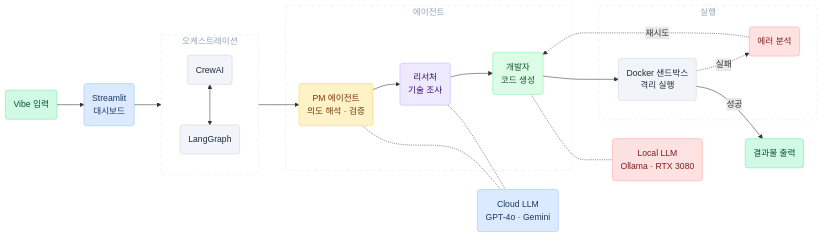
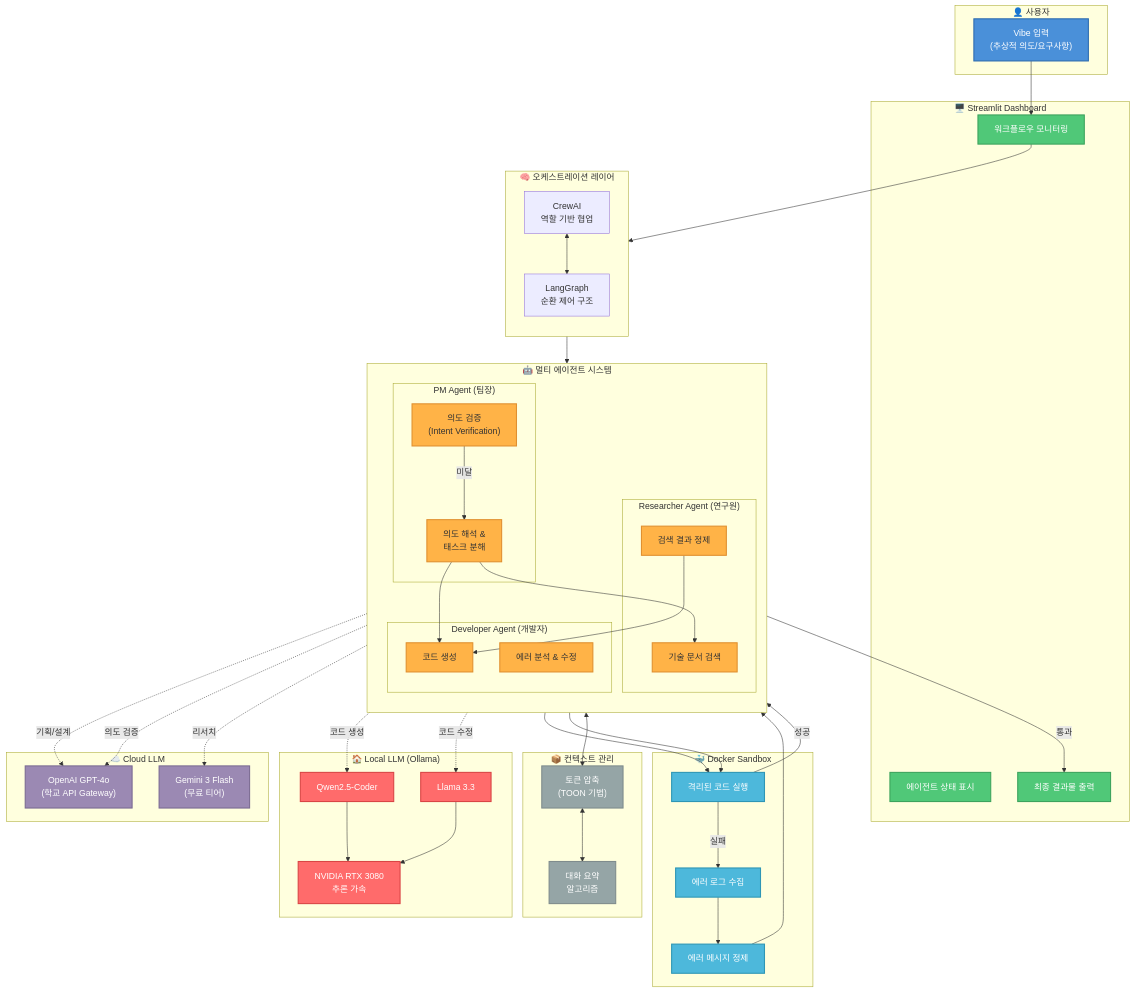
The diagram in architecture.mermaid (kuro-0211/auto-vibe-coding), drawn with Mermaid before and after one commit.

Commit message:
프로젝트 초기 구성

```diff
--- a/architecture.mermaid
+++ b/architecture.mermaid
@@ -1,58 +1,110 @@
-graph LR
-    %% ─── 메인 파이프라인 (좌 → 우 직선 흐름) ───
-
-    IN(Vibe 입력):::mint
-    UI(Streamlit\n대시보드):::blue
-
-    subgraph orch [" 오케스트레이션 "]
-        CR(CrewAI):::slate
-        LG(LangGraph):::slate
+graph TB
+    subgraph USER["👤 사용자"]
+        INPUT["Vibe 입력<br/>(추상적 의도/요구사항)"]
     end
 
-    subgraph agents [" 에이전트 "]
-        PM(PM 에이전트\n의도 해석 · 검증):::amber
-        RES(리서처\n기술 조사):::violet
-        DEV(개발자\n코드 생성):::green
+    subgraph UI["🖥️ Streamlit Dashboard"]
+        MONITOR["워크플로우 모니터링"]
+        STATUS["에이전트 상태 표시"]
+        RESULT["최종 결과물 출력"]
     end
 
-    subgraph exec [" 실행 "]
-        SB(Docker 샌드박스\n격리 실행):::slate
-        ERR(에러 분석):::red
+    subgraph ORCHESTRATION["🧠 오케스트레이션 레이어"]
+        direction TB
+        CREWAI["CrewAI<br/>역할 기반 협업"]
+        LANGGRAPH["LangGraph<br/>순환 제어 구조"]
     end
 
-    OUT(결과물 출력):::mint
+    subgraph AGENTS["🤖 멀티 에이전트 시스템"]
+        direction TB
 
-    %% ─── 클라우드 / 로컬 LLM ───
+        subgraph PM["PM Agent (팀장)"]
+            PM_PARSE["의도 해석 &<br/>태스크 분해"]
+            PM_VERIFY["의도 검증<br/>(Intent Verification)"]
+        end
 
-    CLOUD(Cloud LLM\nGPT-4o · Gemini):::blue
-    LOCAL(Local LLM\nOllama · RTX 3080):::red
+        subgraph RESEARCH["Researcher Agent (연구원)"]
+            RES_SEARCH["기술 문서 검색"]
+            RES_REFINE["검색 결과 정제"]
+        end
 
-    %% ─── 메인 흐름 ───
-    IN --> UI --> orch
-    CR <--> LG
-    orch --> PM
-    PM --> RES
-    RES --> DEV
-    DEV --> SB
+        subgraph DEV["Developer Agent (개발자)"]
+            DEV_CODE["코드 생성"]
+            DEV_FIX["에러 분석 & 수정"]
+        end
+    end
 
-    %% ─── LLM 연결 (점선) ───
-    PM -.- CLOUD
-    RES -.- CLOUD
-    DEV -.- LOCAL
+    subgraph CLOUD_LLM["☁️ Cloud LLM"]
+        GPT4O["OpenAI GPT-4o<br/>(학교 API Gateway)"]
+        GEMINI["Gemini 3 Flash<br/>(무료 티어)"]
+    end
 
-    %% ─── 실행 결과 분기 ───
-    SB -- 성공 --> OUT
-    SB -. 실패 .-> ERR -. 재시도 .-> DEV
+    subgraph LOCAL_LLM["🏠 Local LLM (Ollama)"]
+        QWEN["Qwen2.5-Coder"]
+        LLAMA["Llama 3.3"]
+        GPU["NVIDIA RTX 3080<br/>추론 가속"]
+    end
 
-    %% ─── 스타일 ───
-    classDef mint fill:#d1fae5,stroke:#6ee7b7,color:#064e3b
-    classDef blue fill:#dbeafe,stroke:#93c5fd,color:#1e3a5f
-    classDef amber fill:#fef3c7,stroke:#fcd34d,color:#78350f
-    classDef violet fill:#ede9fe,stroke:#c4b5fd,color:#3b0764
-    classDef green fill:#dcfce7,stroke:#86efac,color:#14532d
-    classDef red fill:#fee2e2,stroke:#fca5a5,color:#7f1d1d
-    classDef slate fill:#f1f5f9,stroke:#cbd5e1,color:#1e293b
+    subgraph SANDBOX["🐳 Docker Sandbox"]
+        EXEC["격리된 코드 실행"]
+        LOG["에러 로그 수집"]
+        PARSE["에러 메시지 정제"]
+    end
 
-    style orch fill:none,stroke:#e2e8f0,stroke-width:1px,stroke-dasharray:6,color:#94a3b8
-    style agents fill:none,stroke:#e2e8f0,stroke-width:1px,stroke-dasharray:6,color:#94a3b8
-    style exec fill:none,stroke:#e2e8f0,stroke-width:1px,stroke-dasharray:6,color:#94a3b8
+    subgraph CONTEXT["📦 컨텍스트 관리"]
+        COMPRESS["토큰 압축<br/>(TOON 기법)"]
+        SUMMARY["대화 요약<br/>알고리즘"]
+    end
+
+    %% 메인 플로우
+    INPUT --> MONITOR
+    MONITOR --> CREWAI
+    CREWAI <--> LANGGRAPH
+
+    %% 에이전트 연결
+    CREWAI --> PM_PARSE
+    PM_PARSE --> RES_SEARCH
+    PM_PARSE --> DEV_CODE
+    RES_REFINE --> DEV_CODE
+
+    %% LLM 연결
+    PM_PARSE -.->|기획/설계| GPT4O
+    PM_VERIFY -.->|의도 검증| GPT4O
+    RES_SEARCH -.->|리서치| GEMINI
+    DEV_CODE -.->|코드 생성| QWEN
+    DEV_FIX -.->|코드 수정| LLAMA
+    QWEN --> GPU
+    LLAMA --> GPU
+
+    %% 실행 플로우
+    DEV_CODE --> EXEC
+    EXEC -->|성공| PM_VERIFY
+    EXEC -->|실패| LOG
+    LOG --> PARSE
+    PARSE --> DEV_FIX
+    DEV_FIX --> EXEC
+
+    %% 의도 검증
+    PM_VERIFY -->|통과| RESULT
+    PM_VERIFY -->|미달| PM_PARSE
+
+    %% 컨텍스트 관리
+    AGENTS <--> COMPRESS
+    COMPRESS <--> SUMMARY
+
+    %% 스타일
+    classDef user fill:#4A90D9,stroke:#2E6CB0,color:#fff,stroke-width:2px
+    classDef ui fill:#50C878,stroke:#3DA35D,color:#fff,stroke-width:2px
+    classDef agent fill:#FFB347,stroke:#E09030,color:#333,stroke-width:2px
+    classDef cloud fill:#9B89B3,stroke:#7B6B93,color:#fff,stroke-width:2px
+    classDef local fill:#FF6B6B,stroke:#D94545,color:#fff,stroke-width:2px
+    classDef sandbox fill:#4DB8DB,stroke:#2E96B5,color:#fff,stroke-width:2px
+    classDef context fill:#95A5A6,stroke:#7F8C8D,color:#fff,stroke-width:2px
+
+    class INPUT user
+    class MONITOR,STATUS,RESULT ui
+    class PM_PARSE,PM_VERIFY,RES_SEARCH,RES_REFINE,DEV_CODE,DEV_FIX agent
+    class GPT4O,GEMINI cloud
+    class QWEN,LLAMA,GPU local
+    class EXEC,LOG,PARSE sandbox
+    class COMPRESS,SUMMARY context
```
